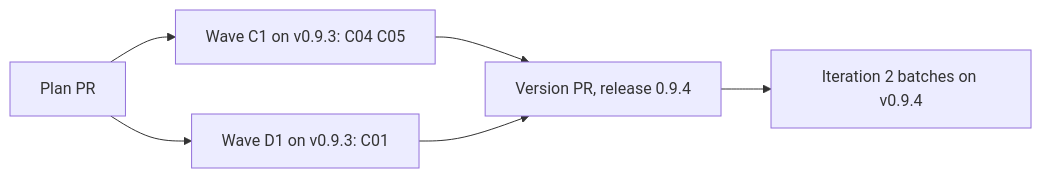
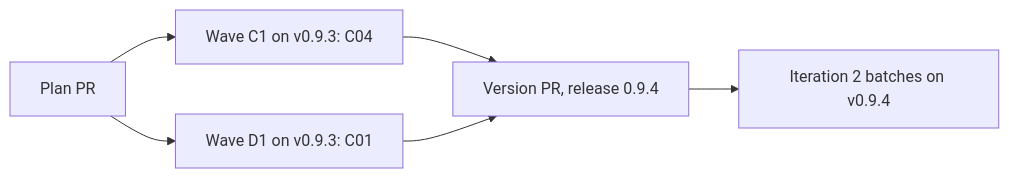
The diagram in docs/plan-0.9.4.md (alfhen/agent-pr-pipeline), drawn with Mermaid before and after one commit. The commit also changed other lines of this file, not shown here.

First line of the commit message:
Plan 0.9.4: move C05 to Held for 0.9.6, so 0.9.4 is C01 and C04

````diff
--- a/docs/plan-0.9.4.md
+++ b/docs/plan-0.9.4.md
@@ -78,5 +78,5 @@
 ```mermaid
 flowchart LR
-  P[Plan PR] --> C1[Wave C1 on v0.9.3: C04 C05] --> R[Version PR, release 0.9.4] --> B[Iteration 2 batches on v0.9.4]
+  P[Plan PR] --> C1[Wave C1 on v0.9.3: C04] --> R[Version PR, release 0.9.4] --> B[Iteration 2 batches on v0.9.4]
   P --> D1[Wave D1 on v0.9.3: C01] --> R
 ```
````
